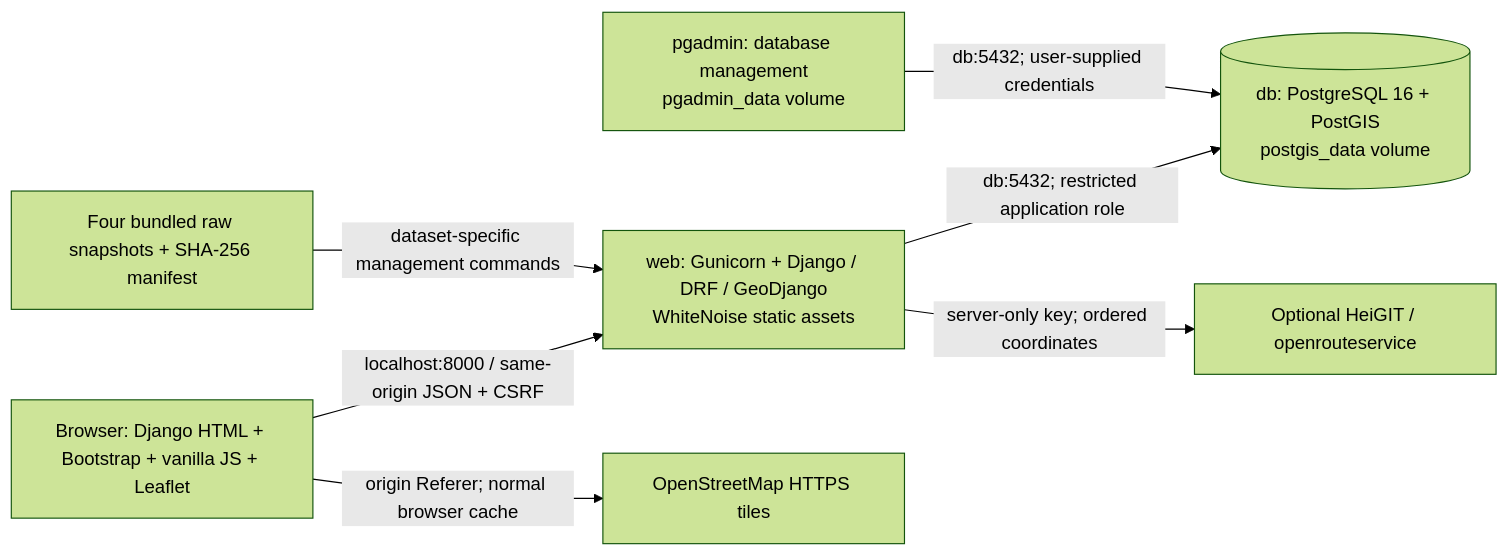
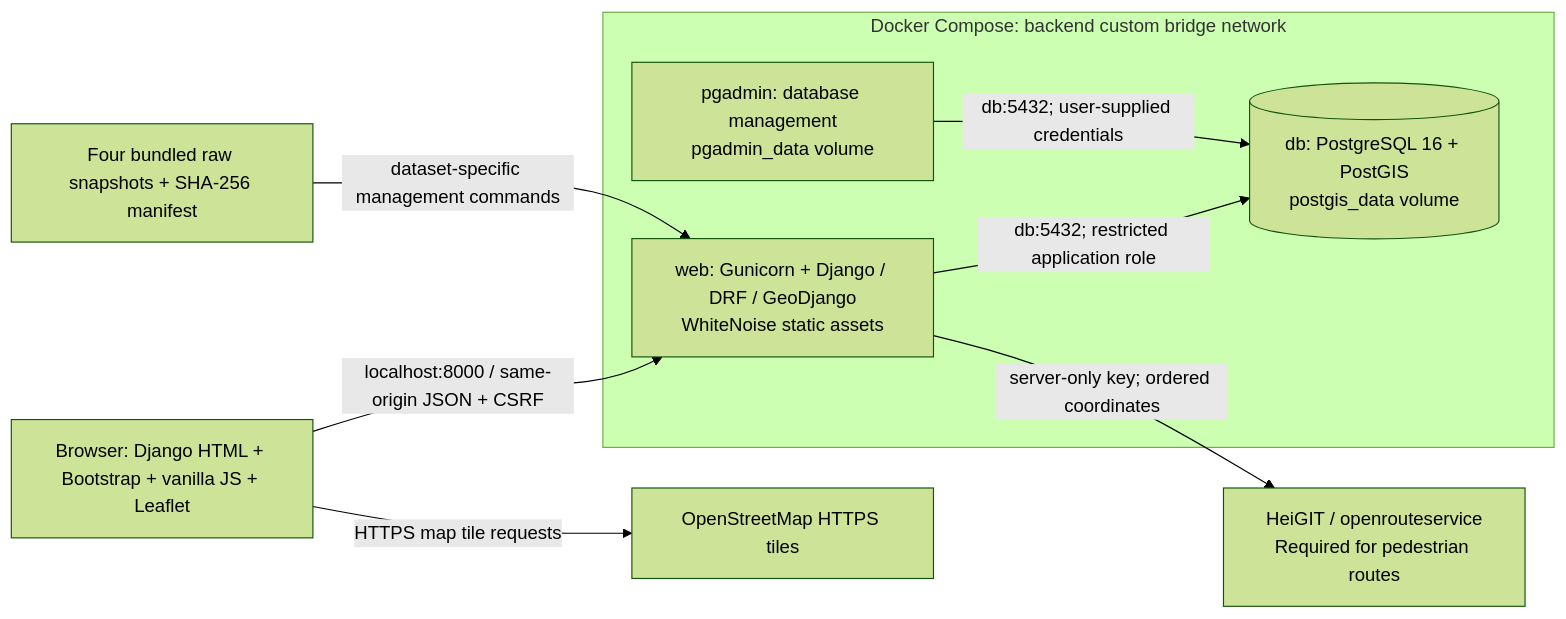
Before and after one commit to xpedrofernandes/DublinQuest: the diagram in ARCHITECTURE.md, drawn with Mermaid (forest theme). The commit also changed other lines of this file and 5 other files, not shown here.

````diff
--- a/ARCHITECTURE.md
+++ b/ARCHITECTURE.md
@@ -5,16 +5,18 @@
 ```mermaid
 flowchart LR
     Browser["Browser: Django HTML + Bootstrap + vanilla JS + Leaflet"]
-    Web["web: Gunicorn + Django / DRF / GeoDjango\nWhiteNoise static assets"]
-    DB[("db: PostgreSQL 16 + PostGIS\npostgis_data volume")]
-    Admin["pgadmin: database management\npgadmin_data volume"]
+    subgraph Backend["Docker Compose: backend custom bridge network"]
+        Web["web: Gunicorn + Django / DRF / GeoDjango\nWhiteNoise static assets"]
+        DB[("db: PostgreSQL 16 + PostGIS\npostgis_data volume")]
+        Admin["pgadmin: database management\npgadmin_data volume"]
+    end
     Tiles["OpenStreetMap HTTPS tiles"]
-    ORS["Optional HeiGIT / openrouteservice"]
+    ORS["HeiGIT / openrouteservice\nRequired for pedestrian routes"]
     Raw["Four bundled raw snapshots + SHA-256 manifest"]
     Browser -->|"localhost:8000 / same-origin JSON + CSRF"| Web
-    Browser -->|"origin Referer; normal browser cache"| Tiles
+    Browser -->|"HTTPS map tile requests"| Tiles
     Web -->|"db:5432; restricted application role"| DB
     Admin -->|"db:5432; user-supplied credentials"| DB
     Web -->|"server-only key; ordered coordinates"| ORS
     Raw -->|"dataset-specific management commands"| Web
 ```
````
